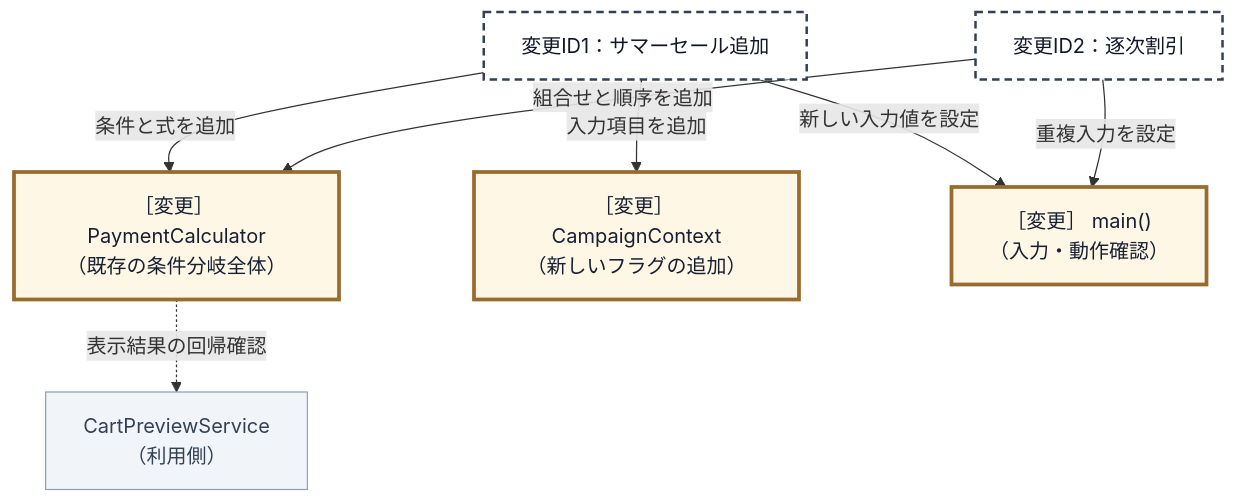
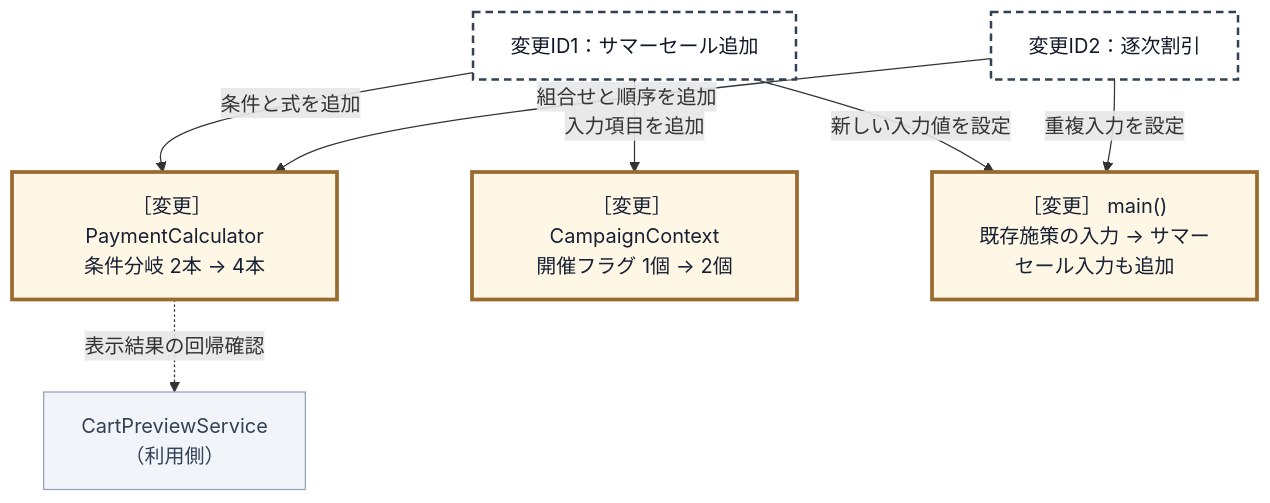
The sixth of 16 diagrams in kindle/design-patterns/books/volume01-core-patterns/output/03-chapter01.md (kumachan1101-pixel/DesignPattern), drawn with Mermaid before and after one commit. The commit also changed other lines of this file and 18 other files, not shown here.

````diff
--- a/kindle/design-patterns/books/volume01-core-patterns/output/03-chapter01.md
+++ b/kindle/design-patterns/books/volume01-core-patterns/output/03-chapter01.md
@@ -1221,15 +1229,15 @@
 ```mermaid
 graph TD
     T1["変更ID1：サマーセール追加"]:::req
-        -->|条件と式を追加| A["［変更］ PaymentCalculator<br>（既存の条件分岐全体）"]:::touched
-    T1 -->|入力項目を追加| B["［変更］ CampaignContext<br>（新しいフラグの追加）"]:::touched
-    T1 -->|新しい入力値を設定| D["［変更］ main()<br>（入力・動作確認）"]:::touched
+        -->|条件と式を追加| A["［変更］ PaymentCalculator<br>条件分岐 2本 → 4本"]:::touched
+    T1 -->|入力項目を追加| B["［変更］ CampaignContext<br>開催フラグ 1個 → 2個"]:::touched
+    T1 -->|新しい入力値を設定| D["［変更］ main()<br>既存施策の入力 → サマーセール入力も追加"]:::touched
     T2["変更ID2：逐次割引"]:::req
         -->|組合せと順序を追加| A
     T2 -->|重複入力を設定| D
     A -.->|表示結果の回帰確認| C["CartPreviewService<br>（利用側）"]:::keep
 
     classDef req fill:#ffffff,stroke:#334155,stroke-width:2px,stroke-dasharray:6 4,color:#111827;
     classDef keep fill:#f1f5f9,stroke:#94a3b8,color:#334155;
     classDef touched fill:#fff7e6,stroke:#9a6b2f,stroke-width:3px,color:#172033;
 ```
````
